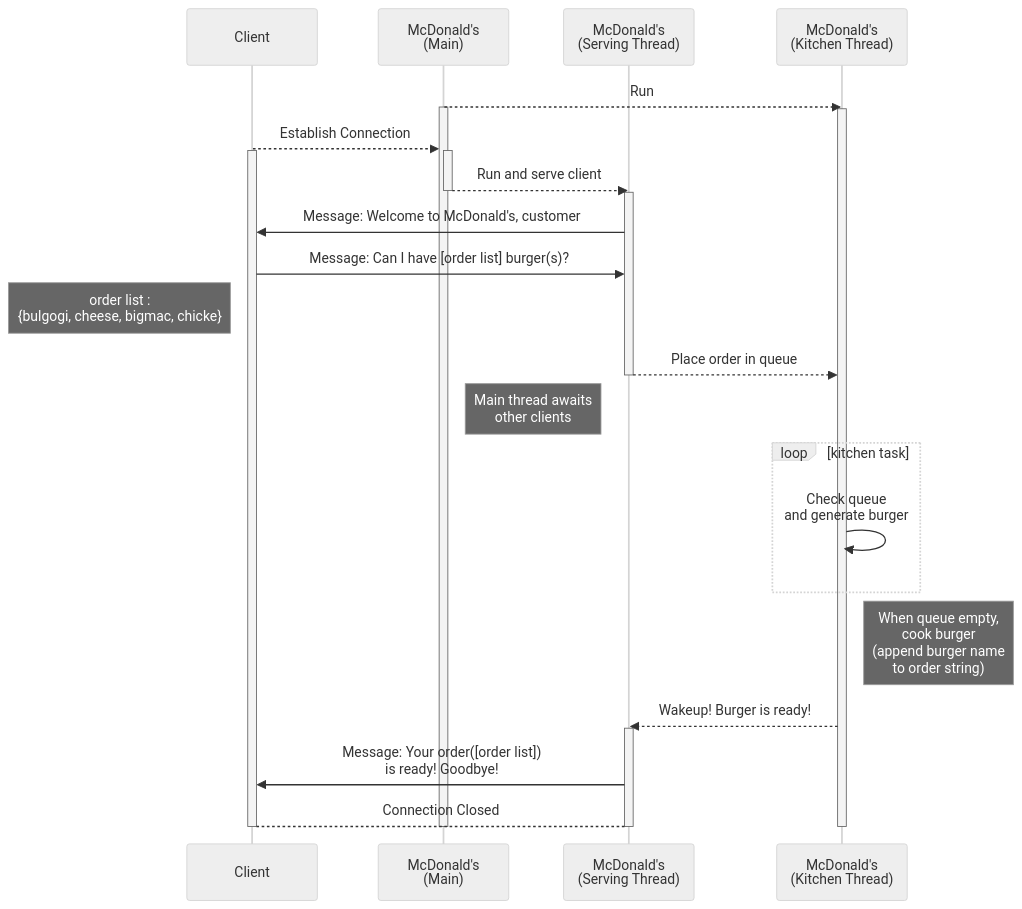
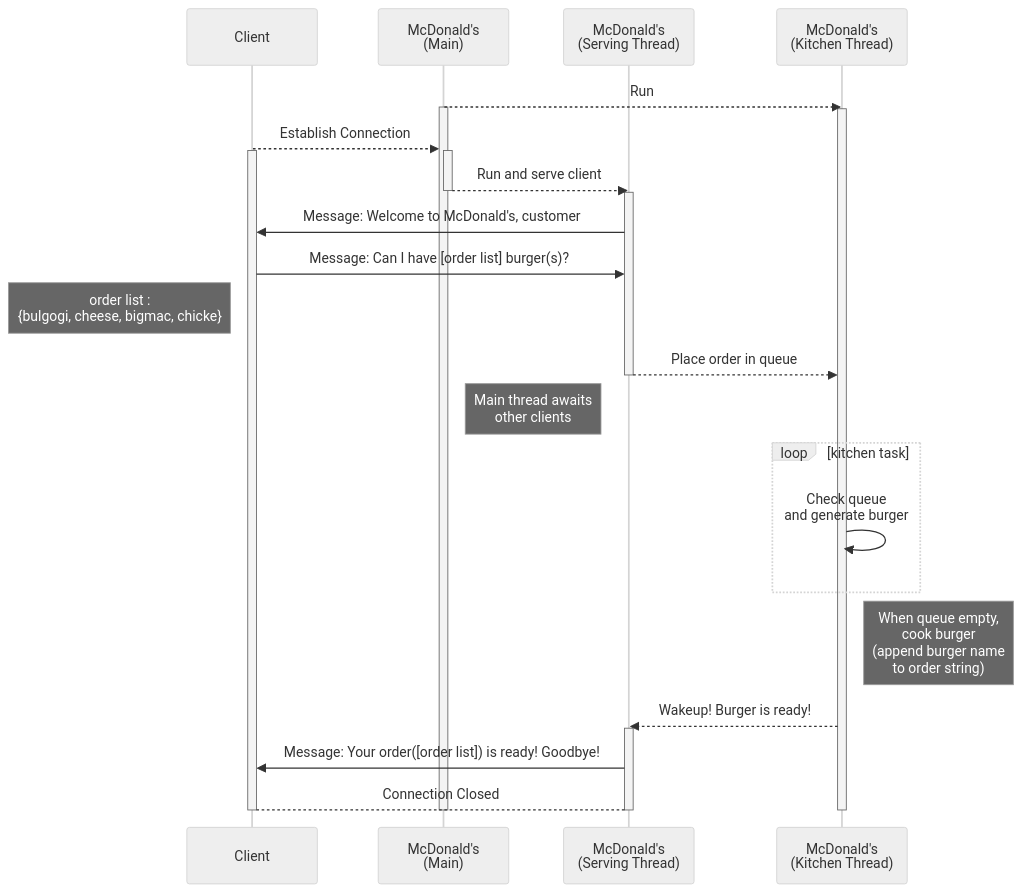
One commit to SNU-ARC/2024_spring_sysprog_Lab5 changed the diagram in README.md. Above: the diagram before and after it, drawn with Mermaid (neutral theme).

````diff
--- a/README.md
+++ b/README.md
@@ -170,34 +170,34 @@
 ```mermaid
 sequenceDiagram
     participant C as Client
     participant M as McDonald's<br>(Main)
     participant S as McDonald's<br>(Serving Thread)
     participant K as McDonald's<br>(Kitchen Thread)
     M-->>K: Run
     Activate M
     Activate K
     C-->>M: Establish Connection
     Activate M
     Activate C
     M-->>S: Run and serve client
     Activate S
     Deactivate M
     S->>C: Message: Welcome to McDonald's, customer #xx
     C->>S: Message: Can I have [order list] burger(s)?             
     Note left of C : order list :<br> {bulgogi, cheese, bigmac, chicke}
     S-->>K: Place order in queue
     Deactivate S
     Note right of M: Main thread awaits<br>other clients
     loop kitchen task
       K->>K: Check queue <br> and generate burger
     end
     Note right of K: When queue empty,<br>cook burger<br>(append burger name<br>to order string)
     K-->>S: Wakeup! Burger is ready!
     Activate S
-    S->>C: Message: Your order([order list]) <br>is ready! Goodbye!
+    S->>C: Message: Your order([order list]) is ready! Goodbye!        
     S-->C: Connection Closed
     Deactivate C
     Deactivate K
     Deactivate S
     Deactivate M
 ```
````
